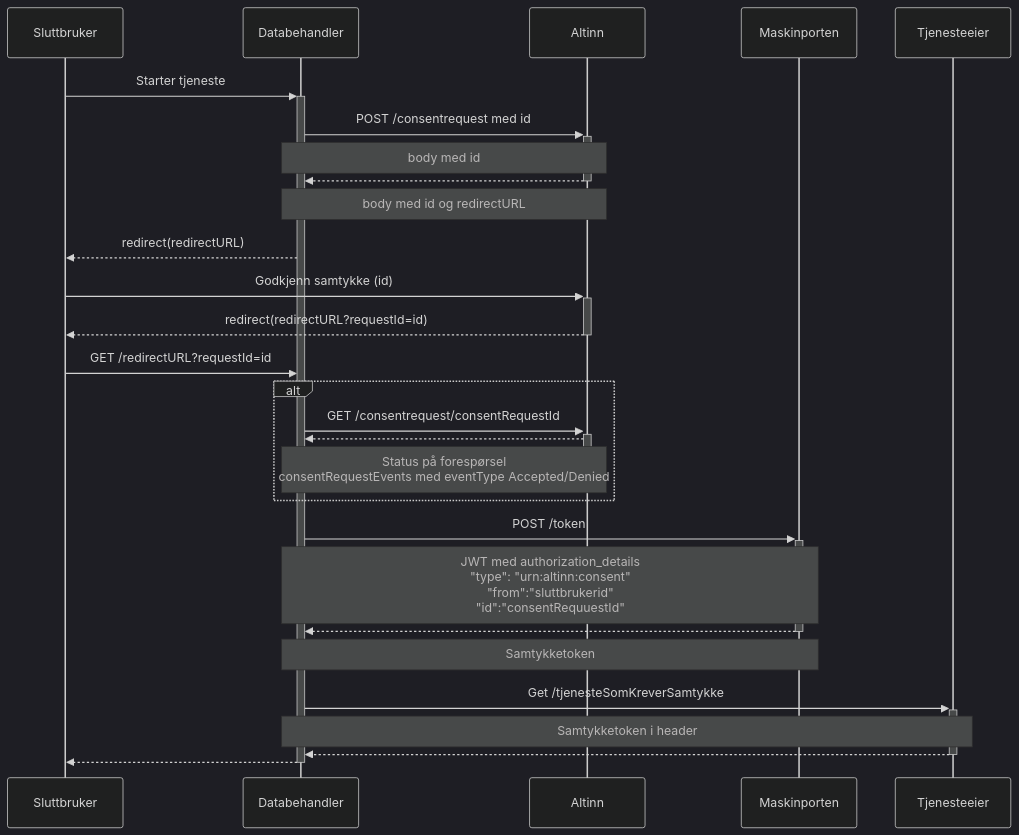
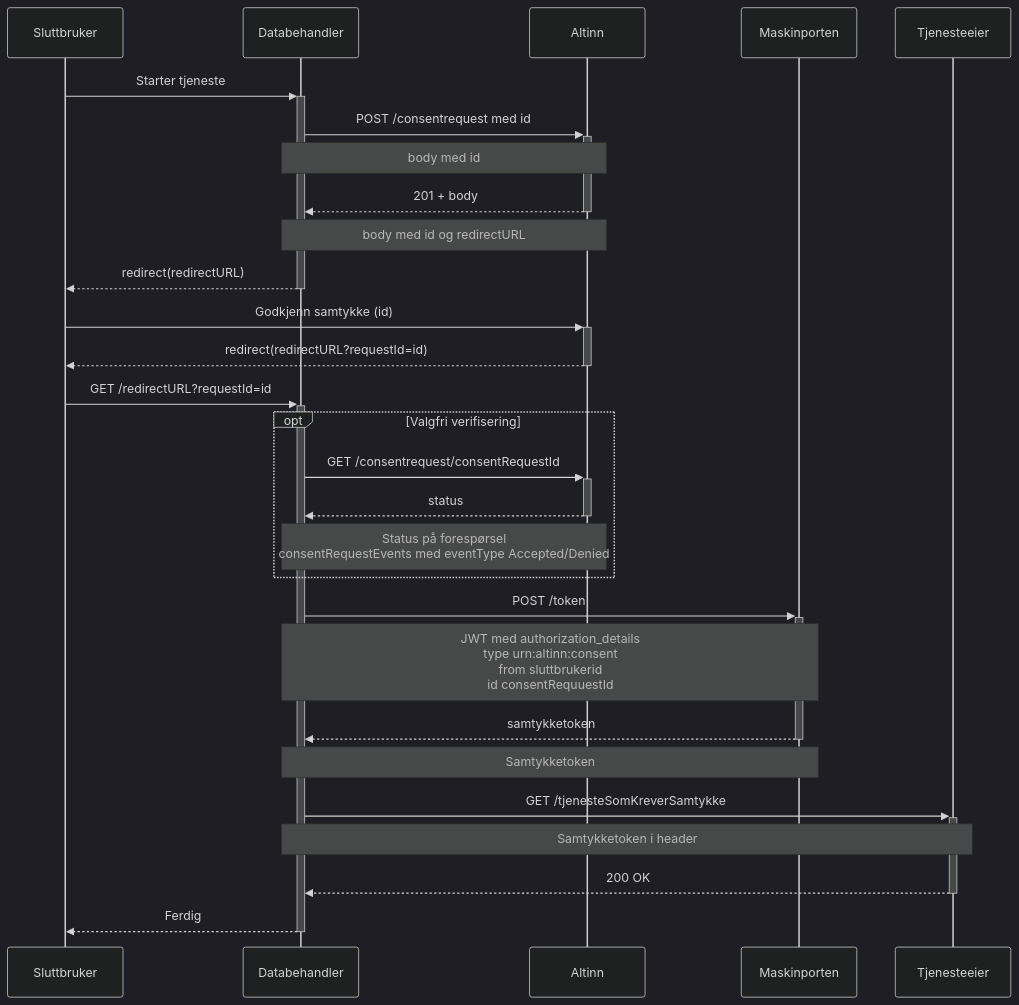
Before and after one commit to Altinn/altinn-studio-docs: the diagram in content/authorization/guides/system-vendor/consent/_index.en.md, drawn with Mermaid (dark theme).

Commit message:
Refactor consent flow diagram in documentation
Updated Mermaid diagram formatting and flow details for consent process.

```diff
--- a/content/authorization/guides/system-vendor/consent/_index.en.md
+++ b/content/authorization/guides/system-vendor/consent/_index.en.md
@@ -18,25 +17,31 @@
-{{<mermaid>}}
+{{< mermaid >}}
 sequenceDiagram
-Sluttbruker->>+Databehandler:Starter tjeneste
+participant Sluttbruker
+participant Databehandler
+participant Altinn
+participant Maskinporten
+participant Tjenesteeier
+
+Sluttbruker->>+Databehandler: Starter tjeneste
 Databehandler->>+Altinn: POST /consentrequest med id
 Note over Databehandler,Altinn: body med id
-Altinn-->>-Databehandler:
-Note over Altinn, Databehandler:body med id og redirectURL
-Databehandler-->>Sluttbruker: redirect(redirectURL)
-Sluttbruker ->>+Altinn: Godkjenn samtykke (id)
-Altinn -->>- Sluttbruker: redirect(redirectURL?requestId=id)
-Sluttbruker->>Databehandler: GET /redirectURL?requestId=id
-Alt
+Altinn-->>-Databehandler: 201 + body
+Note over Altinn,Databehandler: body med id og redirectURL
+Databehandler-->>-Sluttbruker: redirect(redirectURL)
+Sluttbruker->>+Altinn: Godkjenn samtykke (id)
+Altinn-->>-Sluttbruker: redirect(redirectURL?requestId=id)
+Sluttbruker->>+Databehandler: GET /redirectURL?requestId=id
+opt Valgfri verifisering
 Databehandler->>+Altinn: GET /consentrequest/consentRequestId
-Altinn-->>-Databehandler:
-Note over Altinn, Databehandler: Status på forespørsel <br/> consentRequestEvents med eventType Accepted/Denied
-End
+Altinn-->>-Databehandler: status
+Note over Altinn,Databehandler: Status på forespørsel <br/> consentRequestEvents med eventType Accepted/Denied
+end
 Databehandler->>+Maskinporten: POST /token
-Note over Databehandler, Maskinporten: JWT med authorization_details <br/> "type": "urn:altinn:consent" <br/> "from":"sluttbrukerid"<br/> "id":"consentRequuestId"
-Maskinporten-->>-Databehandler:
+Note over Databehandler,Maskinporten: JWT med authorization_details <br/> type urn:altinn:consent <br/> from sluttbrukerid <br/> id consentRequuestId
+Maskinporten-->>-Databehandler: samtykketoken
 Note over Maskinporten,Databehandler: Samtykketoken
-Databehandler->>+Tjenesteeier: Get /tjenesteSomKreverSamtykke
-Note over Databehandler, Tjenesteeier: Samtykketoken i header
-Tjenesteeier -->>- Databehandler:
-Databehandler-->>-Sluttbruker:
+Databehandler->>+Tjenesteeier: GET /tjenesteSomKreverSamtykke
+Note over Databehandler,Tjenesteeier: Samtykketoken i header
+Tjenesteeier-->>-Databehandler: 200 OK
+Databehandler-->>-Sluttbruker: Ferdig
 {{< /mermaid >}}
```
